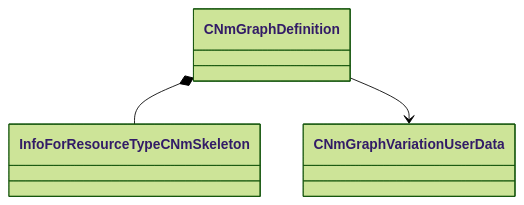
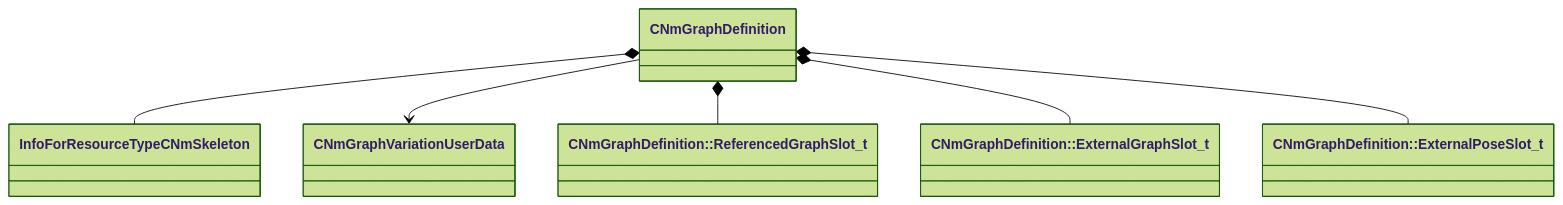
Before and after one commit to CS2OpenDev/CS2OpenDev-Docs: the diagram in docs/generated/schemas/animlib/CNmGraphDefinition.md, drawn with Mermaid (forest theme). The commit also changed other lines of this file and 4525 other files, not shown here.

````diff
--- a/docs/generated/schemas/animlib/CNmGraphDefinition.md
+++ b/docs/generated/schemas/animlib/CNmGraphDefinition.md
@@ -15,5 +17,8 @@
 ```mermaid
 classDiagram
     CNmGraphDefinition *-- InfoForResourceTypeCNmSkeleton
     CNmGraphDefinition --> CNmGraphVariationUserData
+    CNmGraphDefinition *-- `CNmGraphDefinition::ReferencedGraphSlot_t`
+    CNmGraphDefinition *-- `CNmGraphDefinition::ExternalGraphSlot_t`
+    CNmGraphDefinition *-- `CNmGraphDefinition::ExternalPoseSlot_t`
 ```
````
